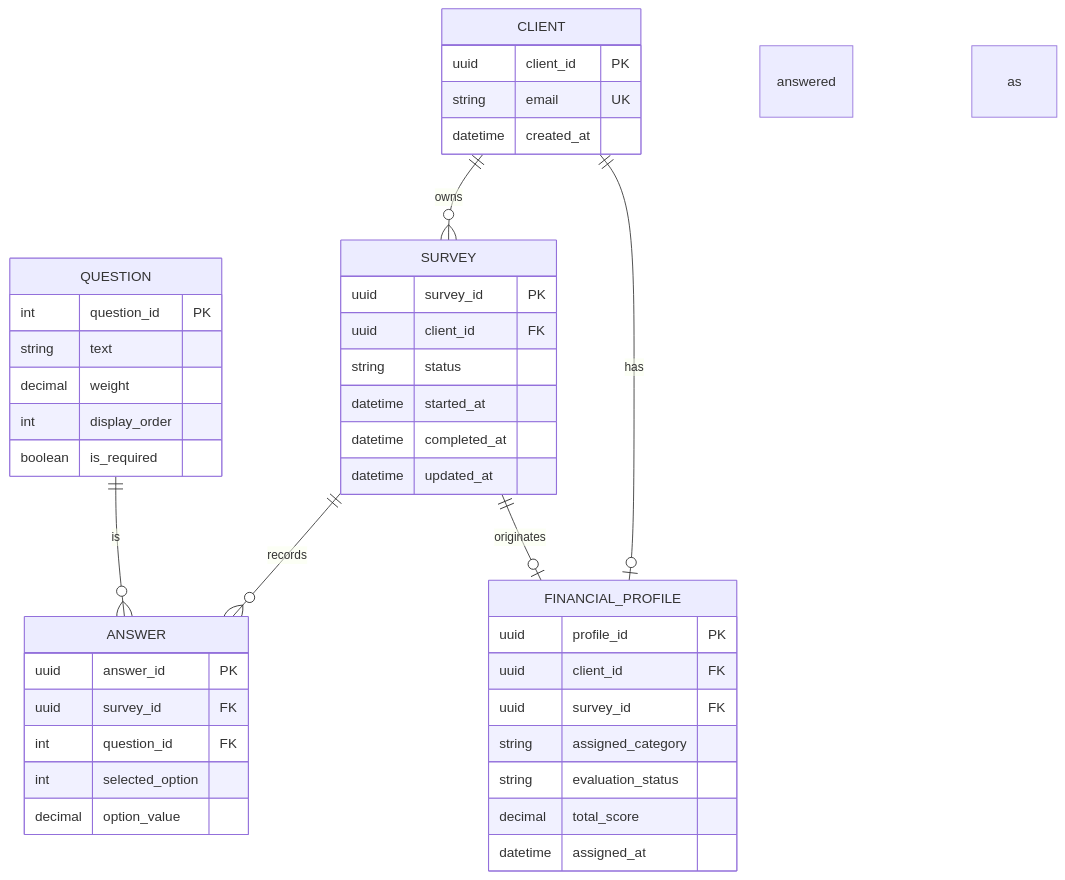
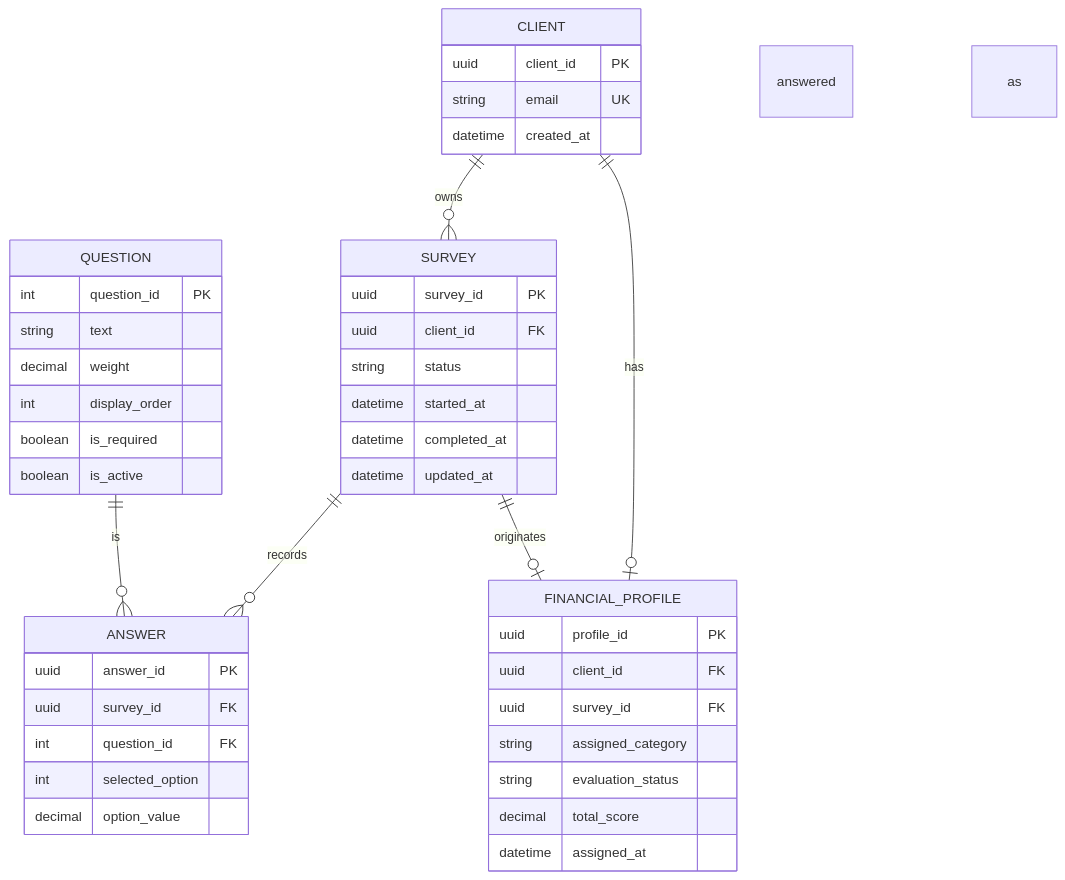
One commit to juacortesva/Grupo-5-Finanzas-Ingesoft_I_UN_2026-II changed the fourth of 4 diagrams in docs/design/02_Interaction_and_Data_Design.md. Above: the diagram before and after it, drawn with Mermaid. The commit also changed other lines of this file, not shown here.

````diff
--- a/docs/design/02_Interaction_and_Data_Design.md
+++ b/docs/design/02_Interaction_and_Data_Design.md
@@ -160,45 +284,46 @@
 ```mermaid
 erDiagram
     CLIENT ||--o{ SURVEY : owns
     CLIENT ||--o| FINANCIAL_PROFILE : has
     SURVEY ||--o{ ANSWER : records
     QUESTION ||--o{ ANSWER : is answered as
     SURVEY ||--o| FINANCIAL_PROFILE : originates
 
     CLIENT {
         uuid client_id PK
         string email UK
         datetime created_at
     }
     SURVEY {
         uuid survey_id PK
         uuid client_id FK
         string status
         datetime started_at
         datetime completed_at
         datetime updated_at
     }
     QUESTION {
         int question_id PK
         string text
         decimal weight
         int display_order
         boolean is_required
+        boolean is_active
     }
     ANSWER {
         uuid answer_id PK
         uuid survey_id FK
         int question_id FK
         int selected_option
         decimal option_value
     }
     FINANCIAL_PROFILE {
         uuid profile_id PK
         uuid client_id FK
         uuid survey_id FK
         string assigned_category
         string evaluation_status
         decimal total_score
         datetime assigned_at
     }
 ```
````
